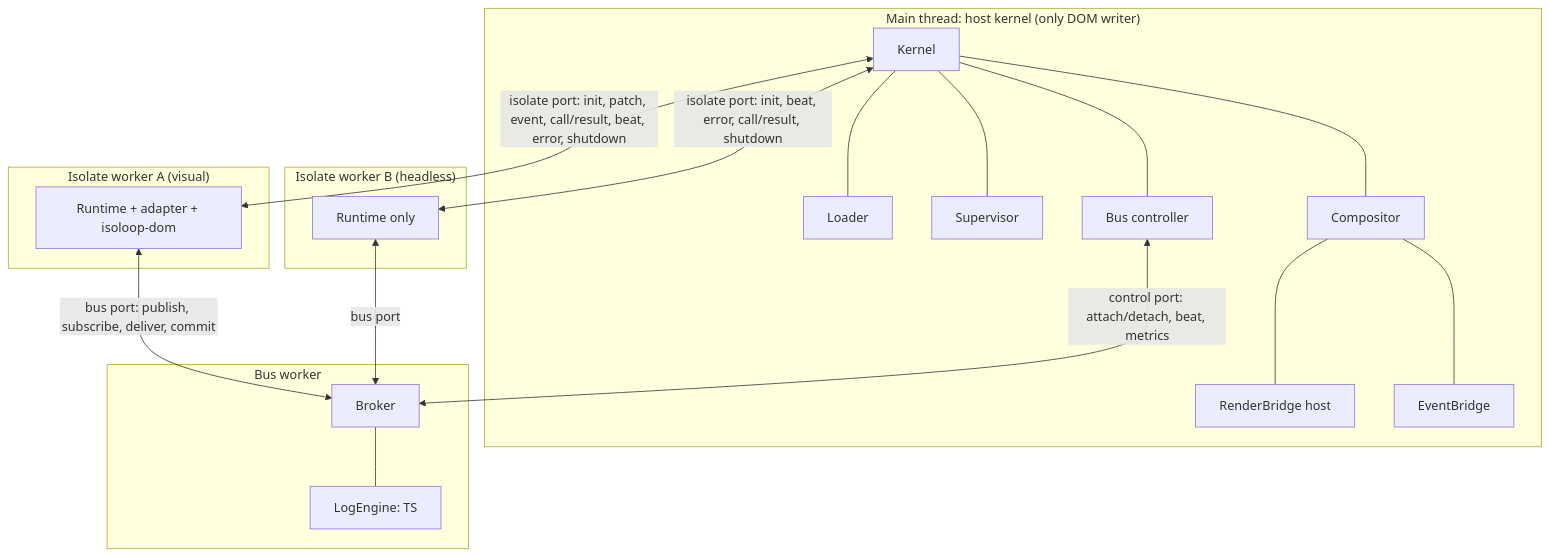
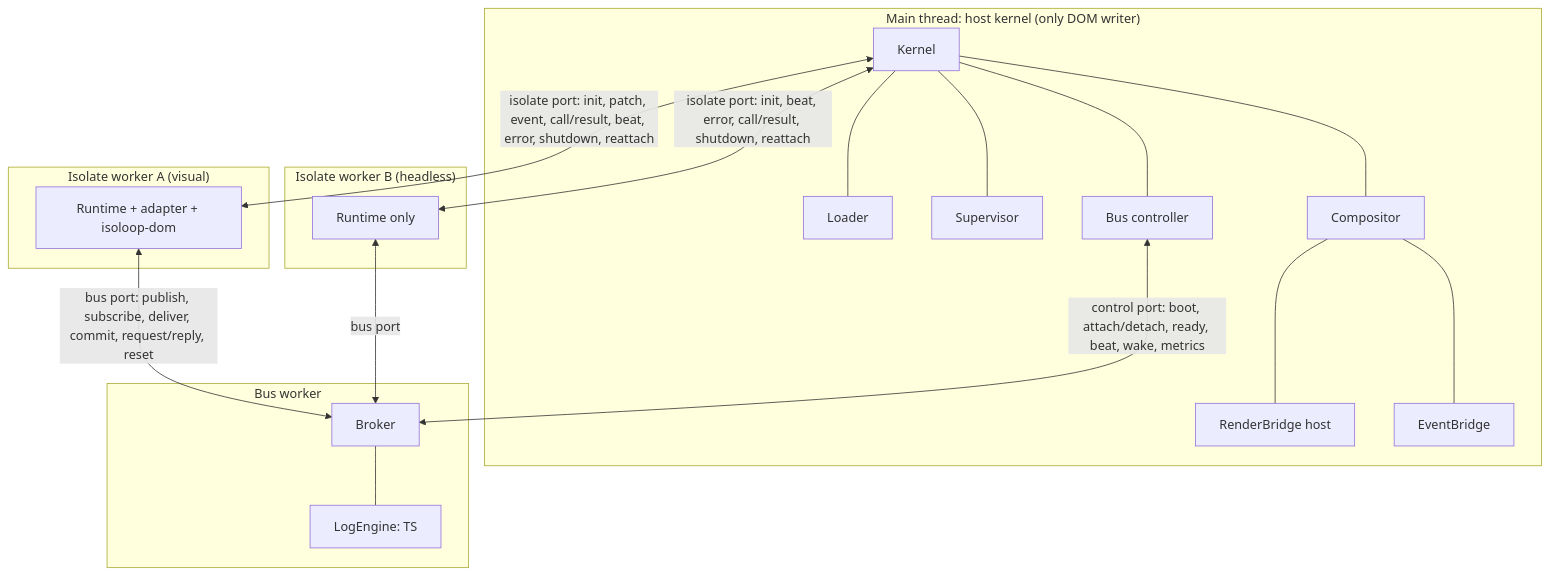
The first of 8 diagrams in docs/design/system-design.md (isoloop/isoloop), drawn with Mermaid before and after one commit. The commit also changed other lines of this file and 2 other files, not shown here.

````diff
--- a/docs/design/system-design.md
+++ b/docs/design/system-design.md
@@ -17,26 +17,26 @@
 ```mermaid
 flowchart TB
   subgraph Main["Main thread: host kernel (only DOM writer)"]
     K[Kernel] --- L[Loader]
     K --- S[Supervisor]
     K --- C[Compositor]
     K --- BC[Bus controller]
     C --- RB[RenderBridge host]
     C --- EB[EventBridge]
   end
   subgraph BW["Bus worker"]
     BR[Broker] --- EN[LogEngine: TS]
   end
   subgraph PA["Isolate worker A (visual)"]
     RA[Runtime + adapter + isoloop-dom]
   end
   subgraph PB["Isolate worker B (headless)"]
     RBB[Runtime only]
   end
 
-  K <-- "isolate port: init, patch, event, call/result, beat, error, shutdown" --> RA
-  K <-- "isolate port: init, beat, error, call/result, shutdown" --> RBB
-  BC <-- "control port: attach/detach, beat, metrics" --> BR
-  RA <-- "bus port: publish, subscribe, deliver, commit" --> BR
+  K <-- "isolate port: init, patch, event, call/result, beat, error, shutdown, reattach" --> RA
+  K <-- "isolate port: init, beat, error, call/result, shutdown, reattach" --> RBB
+  BC <-- "control port: boot, attach/detach, ready, beat, wake, metrics" --> BR
+  RA <-- "bus port: publish, subscribe, deliver, commit, request/reply, reset" --> BR
   RBB <-- "bus port" --> BR
 ```
````
